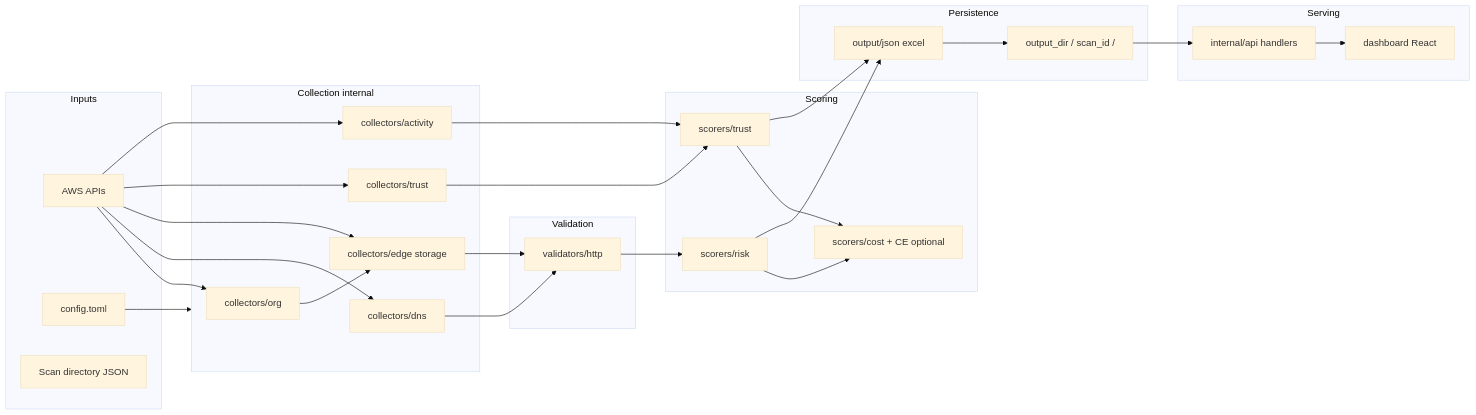
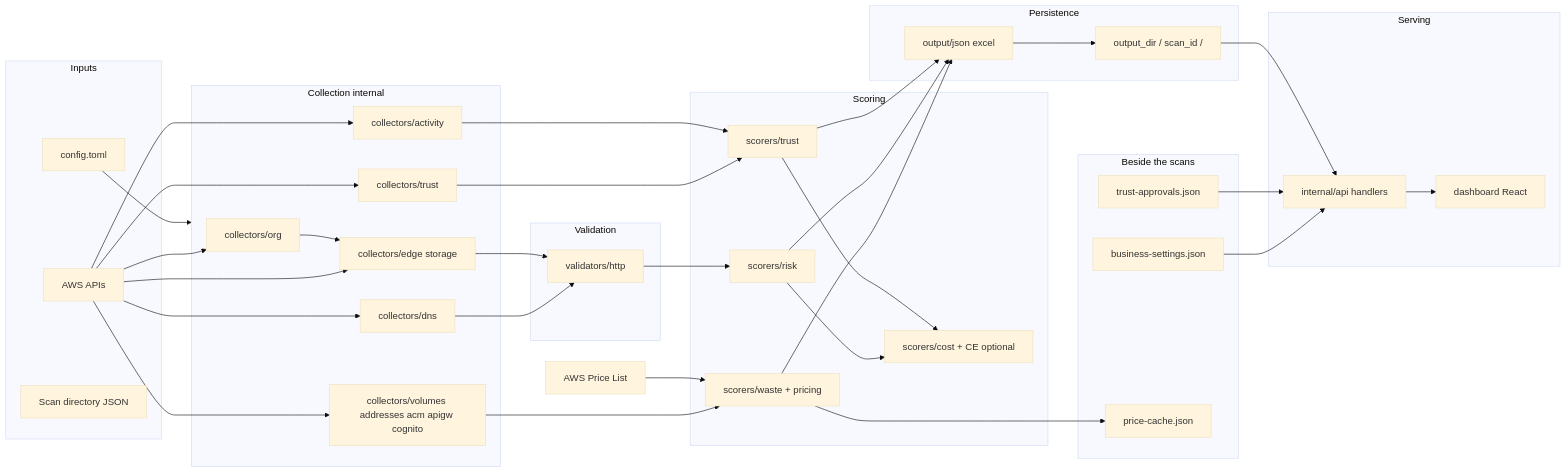
Before and after one commit to Cl0udrift/cloudrift: the fifth of 6 diagrams in docs/cloudrift-docs.md, drawn with Mermaid (base theme). The commit also changed other lines of this file and 1 other file, not shown here.

Commit message:
Update docs for costing, business settings, scan control and diff work

````diff
--- a/docs/cloudrift-docs.md
+++ b/docs/cloudrift-docs.md
@@ -1476,56 +1535,71 @@
 ```mermaid
 flowchart LR
   subgraph inputs [Inputs]
     AWS[AWS APIs]
     CFG[config.toml]
     FS[Scan directory JSON]
   end
 
   subgraph collect [Collection internal]
     ORG[collectors/org]
     DNS[collectors/dns]
     EDGE[collectors/edge storage]
     TRUST[collectors/trust]
     ACT[collectors/activity]
+    RES[collectors/volumes addresses acm apigw cognito]
   end
 
   subgraph validate [Validation]
     HTTP[validators/http]
   end
 
   subgraph score [Scoring]
     RISK[scorers/risk]
     TR[scorers/trust]
     COST[scorers/cost + CE optional]
+    WASTE[scorers/waste + pricing]
+  end
+
+  subgraph state [Beside the scans]
+    BIZ[business-settings.json]
+    APPR[trust-approvals.json]
+    PCACHE[price-cache.json]
   end
 
   subgraph persist [Persistence]
     OUT[output/json excel]
     DIR[output_dir / scan_id /]
   end
 
   subgraph serve [Serving]
     API[internal/api handlers]
     UI[dashboard React]
   end
 
   AWS --> ORG
   AWS --> DNS
   AWS --> EDGE
   AWS --> TRUST
   AWS --> ACT
+  AWS --> RES
+  RES --> WASTE
+  WASTE --> OUT
+  PRICE[AWS Price List] --> WASTE
+  WASTE --> PCACHE
+  BIZ --> API
+  APPR --> API
   CFG --> collect
   ORG --> EDGE
   DNS --> HTTP
   EDGE --> HTTP
   HTTP --> RISK
   TRUST --> TR
   ACT --> TR
   RISK --> COST
   TR --> COST
   RISK --> OUT
   TR --> OUT
   OUT --> DIR
   DIR --> API
   API --> UI
 ```
````
